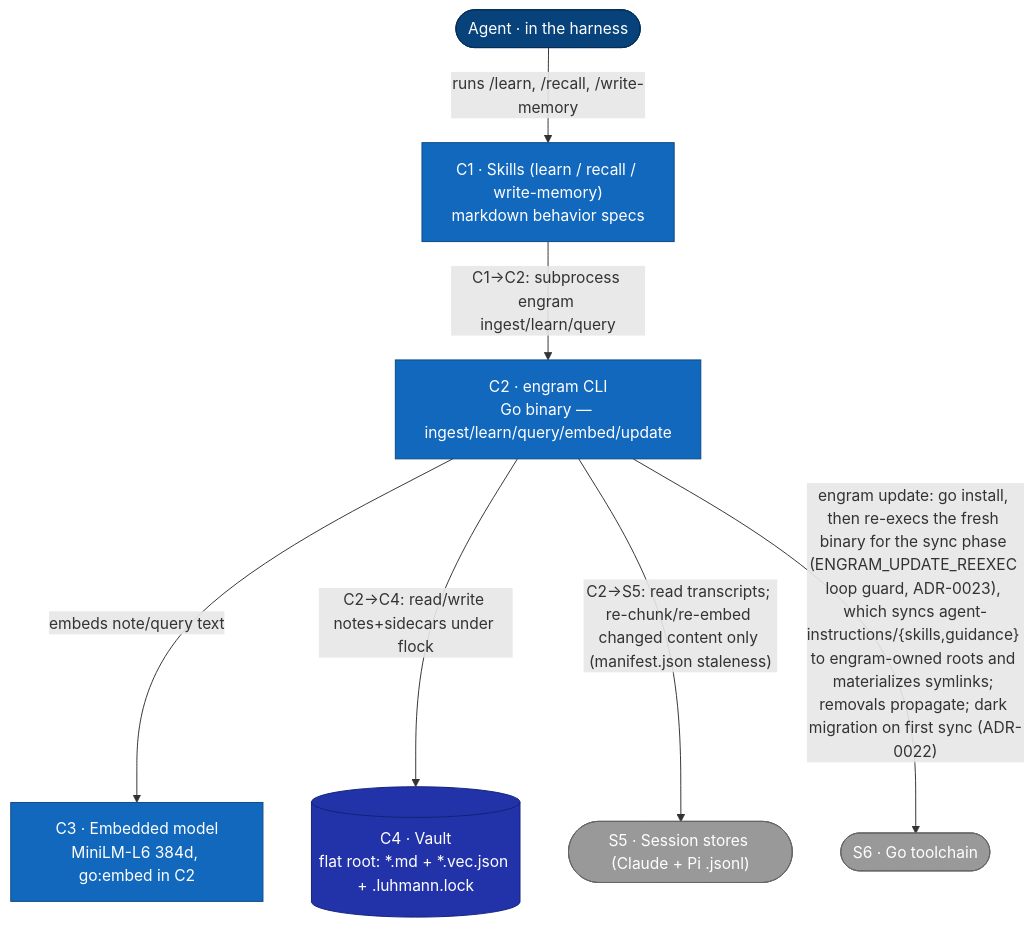
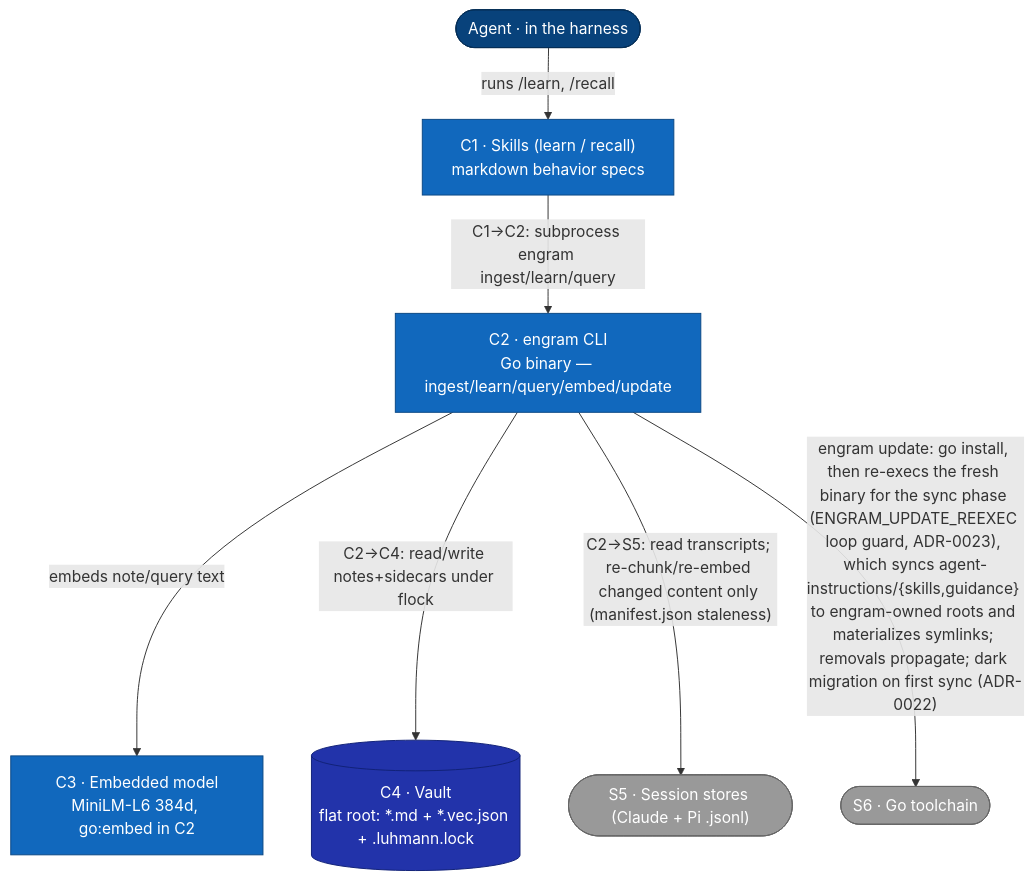
Before and after one commit to toejough/engram: the first of 8 diagrams in docs/architecture/c2-containers.md, drawn with Mermaid. The commit also changed other lines of this file and 57 other files, not shown here.

First line of the commit message:
feat(write-memory): retire the write-memory skill in favor of the runbook (worker pattern)

````diff
--- a/docs/architecture/c2-containers.md
+++ b/docs/architecture/c2-containers.md
@@ -10,27 +10,27 @@
 ```mermaid
 flowchart TB
     classDef person    fill:#08427b,stroke:#052e56,color:#fff
     classDef external  fill:#999,   stroke:#666,   color:#fff
     classDef container fill:#1168bd,stroke:#0b4884,color:#fff
     classDef store     fill:#23a,   stroke:#127,   color:#fff
 
     agent([Agent · in the harness])
-    skills["C1 · Skills (learn / recall / write-memory)<br/>markdown behavior specs"]
+    skills["C1 · Skills (learn / recall)<br/>markdown behavior specs"]
     cli["C2 · engram CLI<br/>Go binary — ingest/learn/query/embed/update"]
     model["C3 · Embedded model<br/>MiniLM-L6 384d, go:embed in C2"]
     vault[("C4 · Vault<br/>flat root: *.md + *.vec.json + .luhmann.lock")]
     sessions(["S5 · Session stores (Claude + Pi .jsonl)"])
     gotool(["S6 · Go toolchain"])
 
-    agent -->|"runs /learn, /recall, /write-memory"| skills
+    agent -->|"runs /learn, /recall"| skills
     skills -->|"C1→C2: subprocess engram ingest/learn/query"| cli
     cli -->|"embeds note/query text"| model
     cli -->|"C2→C4: read/write notes+sidecars under flock"| vault
     cli -->|"C2→S5: read transcripts; re-chunk/re-embed changed content only (manifest.json staleness)"| sessions
     cli -->|"engram update: go install, then re-execs the fresh binary for the sync phase (ENGRAM_UPDATE_REEXEC loop guard, ADR-0023), which syncs agent-instructions/{skills,guidance} to engram-owned roots and materializes symlinks; removals propagate; dark migration on first sync (ADR-0022)"| gotool
 
     class agent person
     class skills,cli,model container
     class vault store
     class sessions,gotool external
 ```
````
